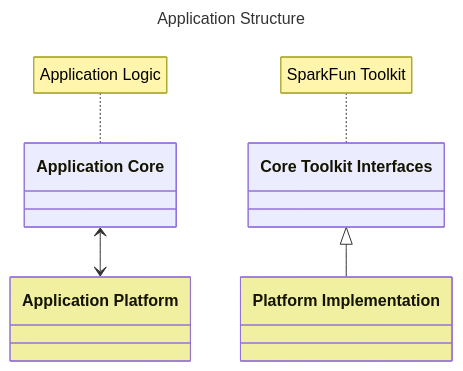
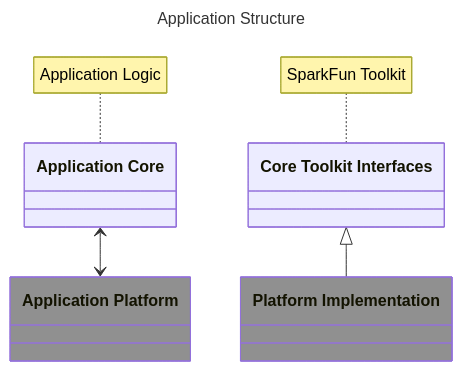
Before and after one commit to sparkfun/SparkFun_Toolkit: the third of 3 diagrams in README.md, drawn with Mermaid.

````diff
--- a/README.md
+++ b/README.md
@@ -62,20 +62,20 @@
 ```mermaid
 ---
 title: Application Structure
 ---
 classDiagram
     direction TD
     note for ApplicationCore "Application Logic"
     class ApplicationCore["Application Core"]
     class CoreToolkit["Core Toolkit Interfaces"] 
 
     note for CoreToolkit "SparkFun Toolkit"
     class ApplicationPlatform["Application Platform"]
-    style ApplicationPlatform fill:#F0F0A0
+    style ApplicationPlatform fill:#909090
     class PlatformOne["Platform Implementation"]
-    style PlatformOne fill:#F0F0a0    
+    style PlatformOne fill:#909090
     
     CoreToolkit <|-- PlatformOne
     ApplicationCore <--> Application Platform
 
 ```
````
